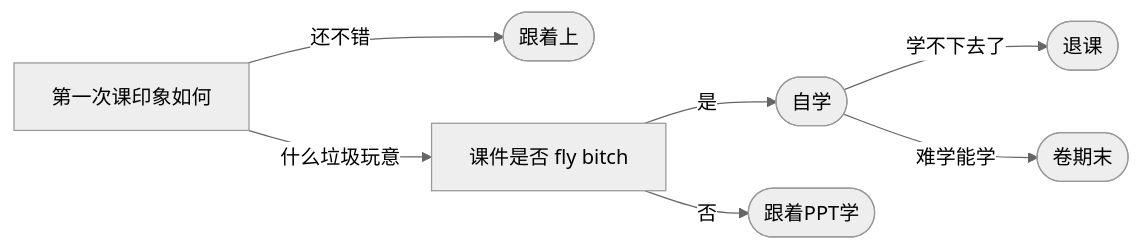
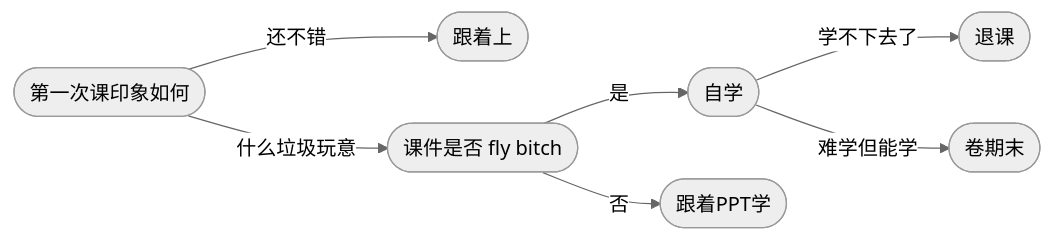
One commit to zhaochenyang20/IAI_2022 changed the second of 2 diagrams in machine learning.md. Above: the diagram before and after it, drawn with Mermaid (neutral theme). The commit also changed other lines of this file, not shown here.

````diff
--- a/machine learning.md
+++ b/machine learning.md
@@ -421,10 +421,10 @@
 ```mermaid
 flowchart LR
-      B[第一次课印象如何]
+      B([第一次课印象如何])
       B--还不错-->D([跟着上])
-      B--什么垃圾玩意-->E[课件是否 fly bitch]
+      B--什么垃圾玩意-->E([课件是否 fly bitch])
       E--是-->F([自学])
       E--否-->G([跟着PPT学])
       F--学不下去了-->K([退课])
-      F--难学能学-->I([卷期末])
+      F--难学但能学-->I([卷期末])
 ```
````
